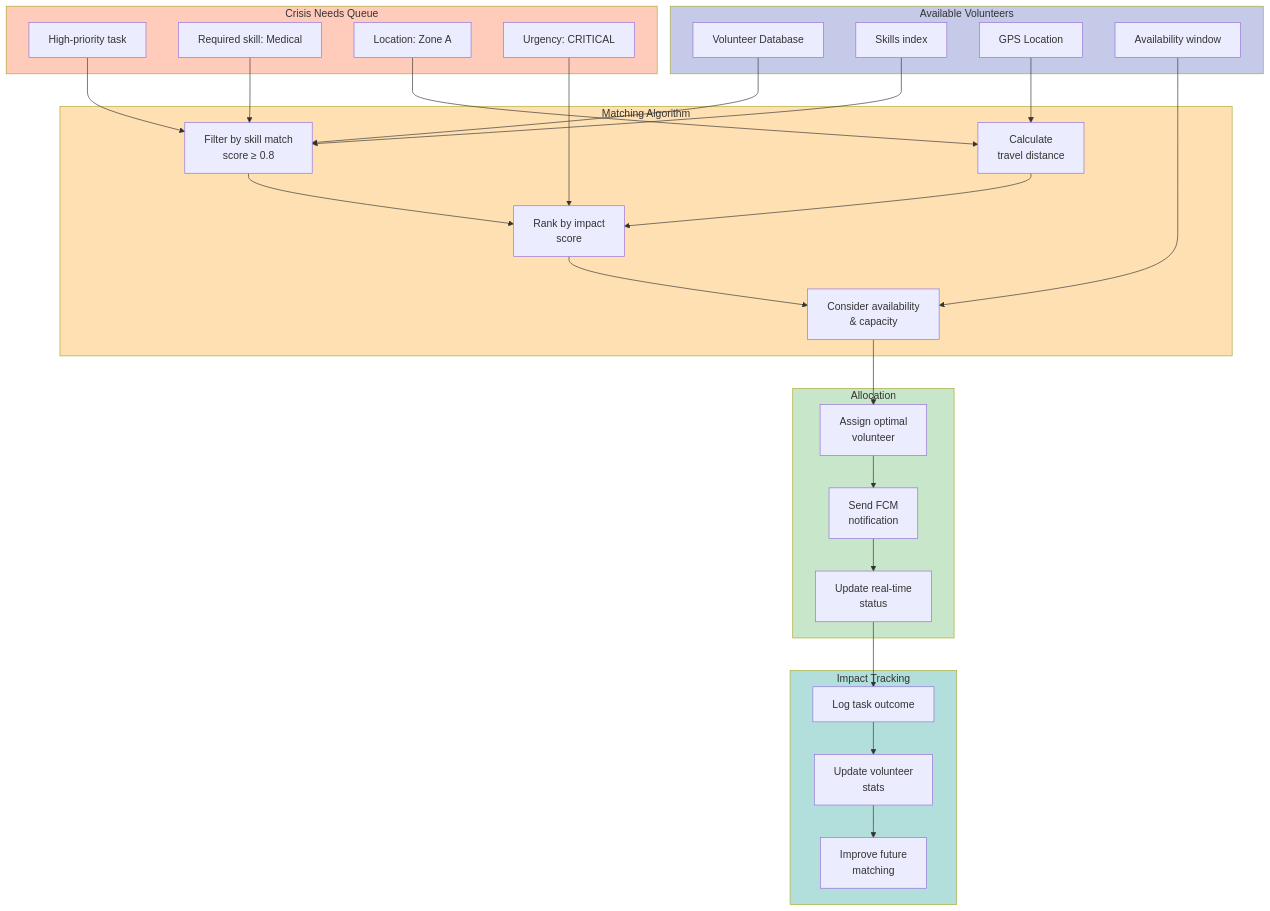
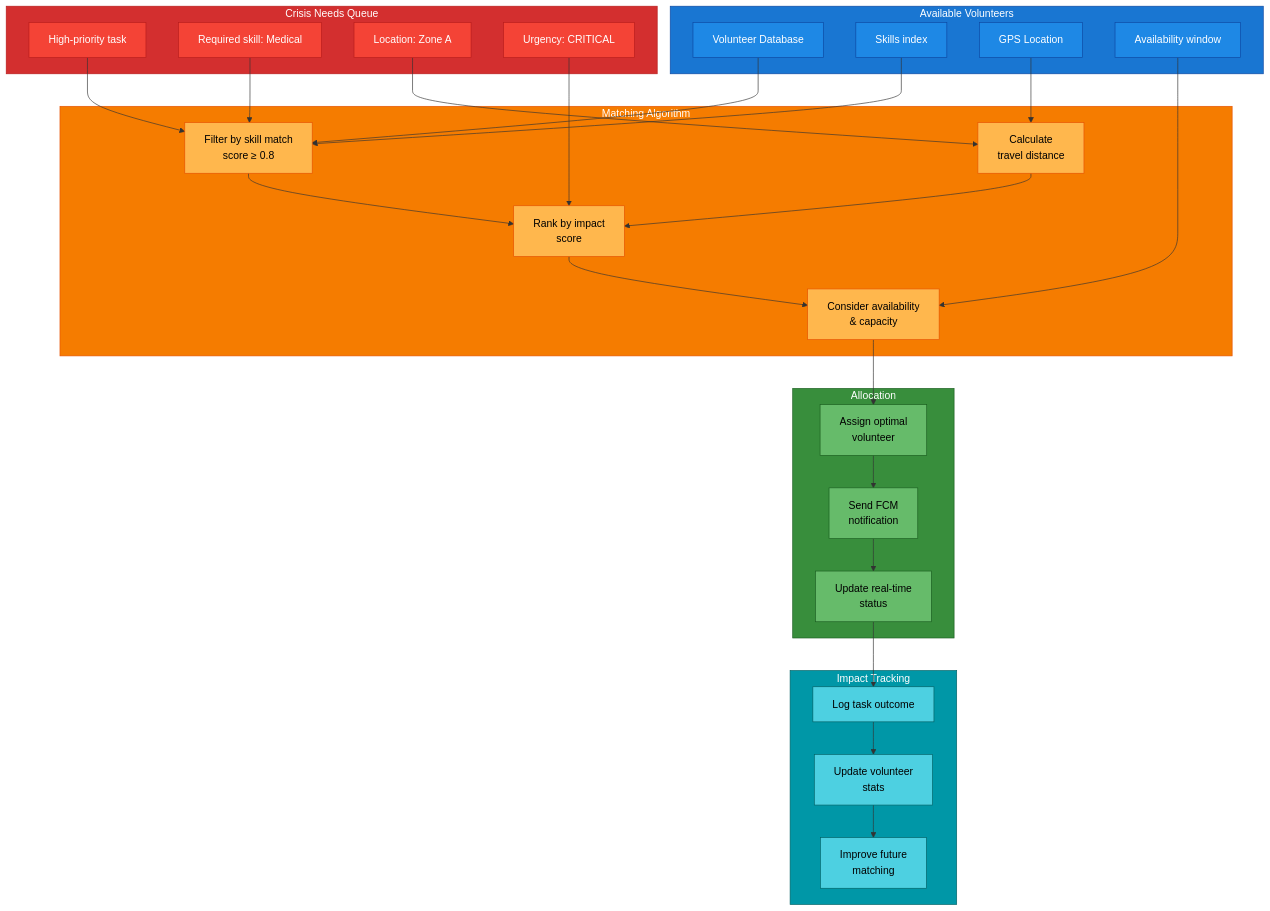
One commit to akshajtiwari/googl changed the fourth of 5 diagrams in README.md. Above: the diagram before and after it, drawn with Mermaid. The commit also changed other lines of this file, not shown here.

````diff
--- a/README.md
+++ b/README.md
@@ -213,60 +257,79 @@
 ```mermaid
 flowchart TD
     subgraph needs["Crisis Needs Queue"]
         A["High-priority task"]
         A1["Required skill: Medical"]
         A2["Location: Zone A"]
         A3["Urgency: CRITICAL"]
     end
     
     subgraph volunteers["Available Volunteers"]
         B["Volunteer Database"]
         B1["Skills index"]
         B2["GPS Location"]
         B3["Availability window"]
     end
     
     subgraph matching["Matching Algorithm"]
         C["Filter by skill match<br/>score ≥ 0.8"]
         D["Calculate<br/>travel distance"]
         E["Rank by impact<br/>score"]
         F["Consider availability<br/>& capacity"]
     end
     
     subgraph allocation["Allocation"]
         G["Assign optimal<br/>volunteer"]
         H["Send FCM<br/>notification"]
         I["Update real-time<br/>status"]
     end
     
     subgraph feedback["Impact Tracking"]
         J["Log task outcome"]
         K["Update volunteer<br/>stats"]
         L["Improve future<br/>matching"]
     end
     
     A --> C
     A1 --> C
     A2 --> D
     A3 --> E
     
     B --> C
     B1 --> C
     B2 --> D
     B3 --> F
     
     C --> E
     D --> E
     E --> F
     F --> G
     G --> H --> I
     
     I --> J
     J --> K --> L
     
-    style needs fill:#ffccbc
-    style volunteers fill:#c5cae9
-    style matching fill:#ffe0b2
-    style allocation fill:#c8e6c9
-    style feedback fill:#b2dfdb
+    style needs fill:#d32f2f,stroke:#b71c1c,color:#fff
+    style volunteers fill:#1976d2,stroke:#0d47a1,color:#fff
+    style matching fill:#f57c00,stroke:#e65100,color:#fff
+    style allocation fill:#388e3c,stroke:#1b5e20,color:#fff
+    style feedback fill:#0097a7,stroke:#006064,color:#fff
+    
+    style A fill:#f44336,stroke:#b71c1c,color:#fff
+    style A1 fill:#f44336,stroke:#b71c1c,color:#fff
+    style A2 fill:#f44336,stroke:#b71c1c,color:#fff
+    style A3 fill:#f44336,stroke:#b71c1c,color:#fff
+    style B fill:#1e88e5,stroke:#0d47a1,color:#fff
+    style B1 fill:#1e88e5,stroke:#0d47a1,color:#fff
+    style B2 fill:#1e88e5,stroke:#0d47a1,color:#fff
+    style B3 fill:#1e88e5,stroke:#0d47a1,color:#fff
+    style C fill:#ffb74d,stroke:#e65100,color:#000
+    style D fill:#ffb74d,stroke:#e65100,color:#000
+    style E fill:#ffb74d,stroke:#e65100,color:#000
+    style F fill:#ffb74d,stroke:#e65100,color:#000
+    style G fill:#66bb6a,stroke:#1b5e20,color:#000
+    style H fill:#66bb6a,stroke:#1b5e20,color:#000
+    style I fill:#66bb6a,stroke:#1b5e20,color:#000
+    style J fill:#4dd0e1,stroke:#006064,color:#000
+    style K fill:#4dd0e1,stroke:#006064,color:#000
+    style L fill:#4dd0e1,stroke:#006064,color:#000
 ```
````
